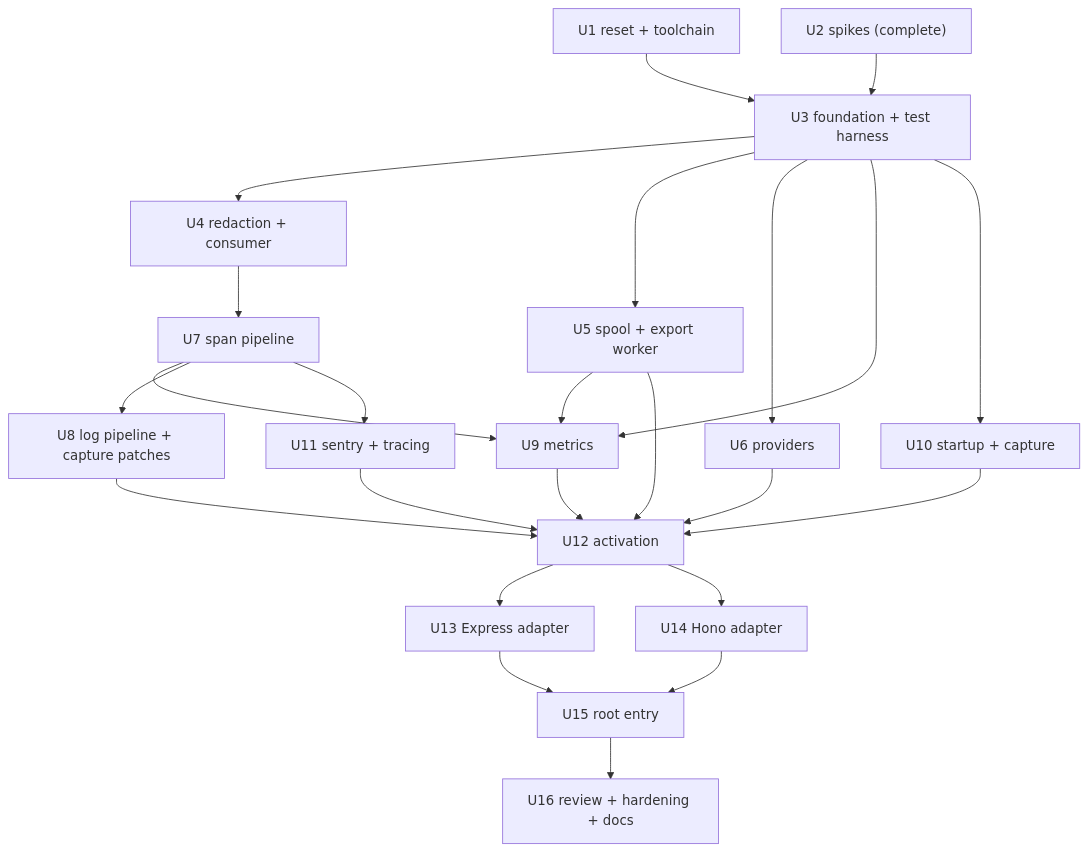
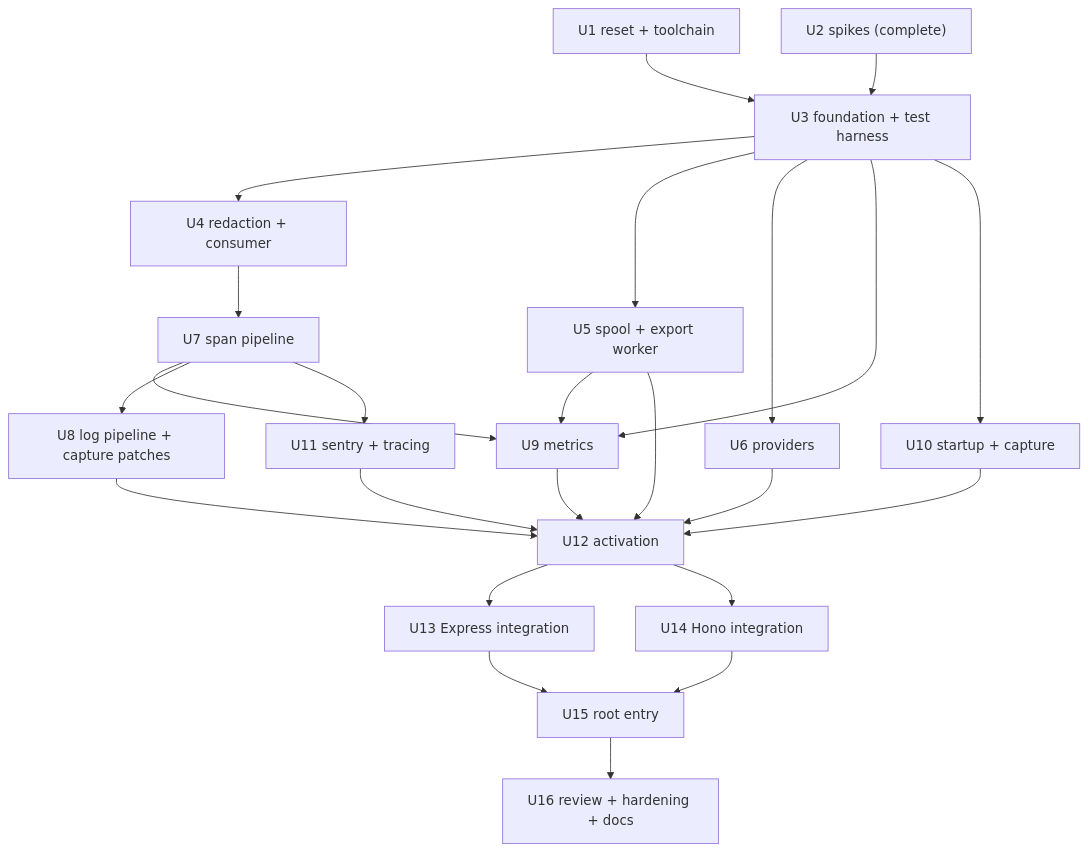
One commit to apitally/apitally-js changed the diagram in v1/plan.md. Above: the diagram before and after it, drawn with Mermaid. The commit also changed other lines of this file and 21 other files, not shown here.

Commit message:
Rename adapter to integration

````diff
--- a/v1/plan.md
+++ b/v1/plan.md
@@ -86,26 +86,26 @@
 ```mermaid
 flowchart TB
   U1[U1 reset + toolchain] --> U3[U3 foundation + test harness]
   U2["U2 spikes (complete)"] --> U3
   U3 --> U4[U4 redaction + consumer]
   U3 --> U5[U5 spool + export worker]
   U3 --> U6[U6 providers]
   U3 --> U9[U9 metrics]
   U5 --> U9
   U7 --> U9
   U3 --> U10[U10 startup + capture]
   U4 --> U7[U7 span pipeline]
   U7 --> U8[U8 log pipeline + capture patches]
   U7 --> U11[U11 sentry + tracing]
   U5 --> U12[U12 activation]
   U6 --> U12
   U8 --> U12
   U9 --> U12
   U10 --> U12
   U11 --> U12
-  U12 --> U13[U13 Express adapter]
-  U12 --> U14[U14 Hono adapter]
+  U12 --> U13[U13 Express integration]
+  U12 --> U14[U14 Hono integration]
   U13 --> U15[U15 root entry]
   U14 --> U15
   U15 --> U16[U16 review + hardening + docs]
 ```
````
